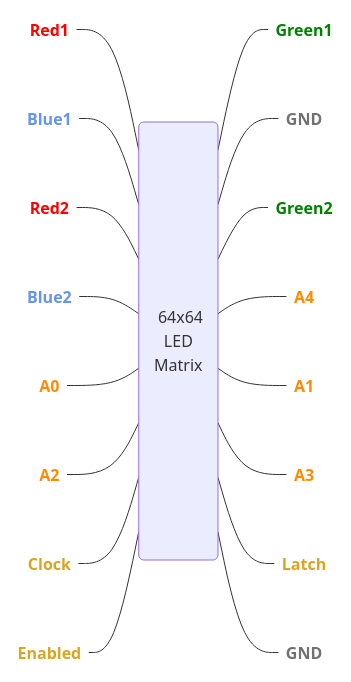
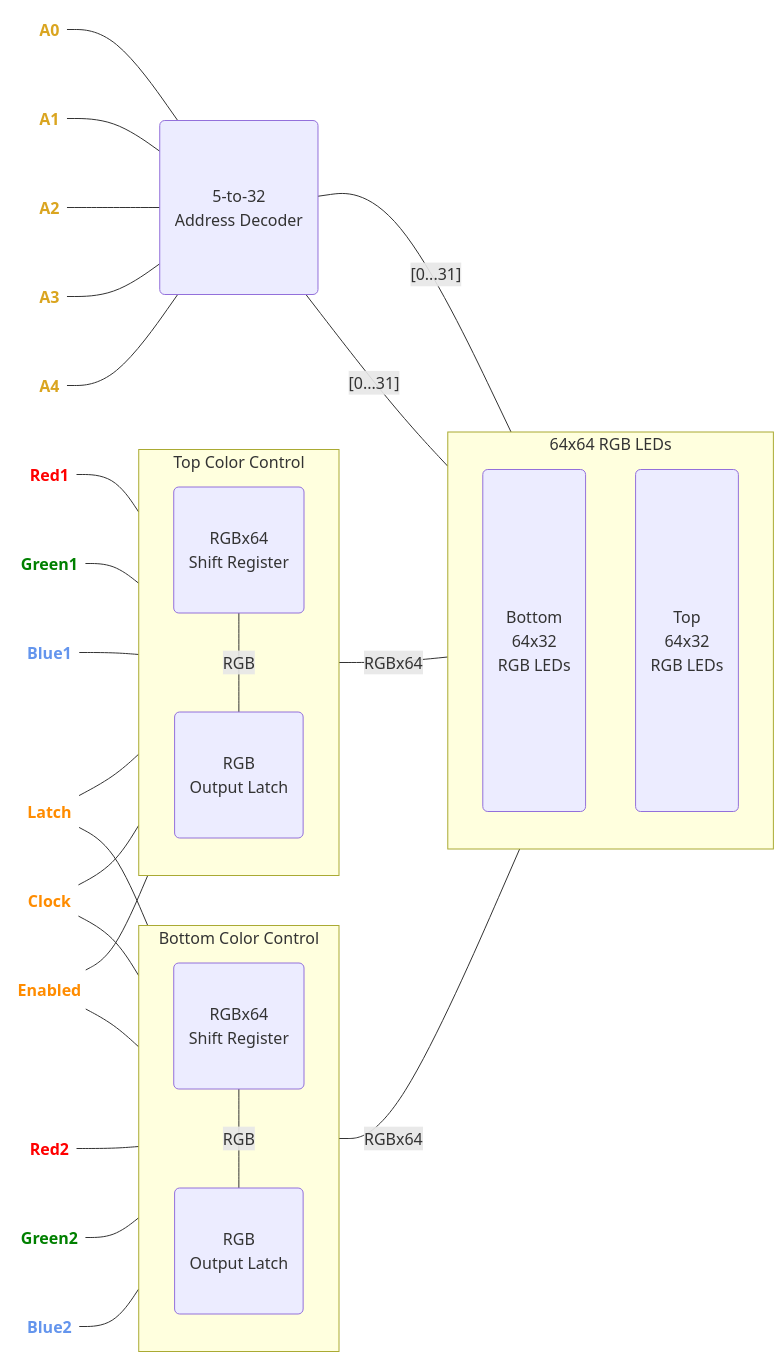
One commit to zbauman3/zanebauman.com changed the first of 2 diagrams in src/articles/illumindex.md. Above: the diagram before and after it, drawn with Mermaid. The commit also changed other lines of this file, not shown here.

Commit message:
simplifying

````diff
--- a/src/articles/illumindex.md
+++ b/src/articles/illumindex.md
@@ -22,51 +24,90 @@
 ```mermaid
 flowchart LR
-  matrix@{ shape: rounded, label: "\n&nbsp;\n&nbsp;\n&nbsp;\n&nbsp;\n&nbsp;\n&nbsp;\n&nbsp;\n&nbsp;64x64\nLED\nMatrix\n&nbsp;\n&nbsp;\n&nbsp;\n&nbsp;\n&nbsp;\n&nbsp;\n&nbsp;" }
 
-  Red1@{ shape: text } --- matrix --- Green1@{ shape: text }
-  Blue1@{ shape: text } --- matrix --- gnd1@{ shape: text, label: "GND" }
-  Red2@{ shape: text } --- matrix --- Green2@{ shape: text }
-  Blue2@{ shape: text } --- matrix --- A4@{ shape: text }
-  A0@{ shape: text } --- matrix --- A1@{ shape: text }
-  A2@{ shape: text } --- matrix --- A3@{ shape: text }
-  Clock@{ shape: text } --- matrix --- Latch@{ shape: text }
-  Enabled@{ shape: text } --- matrix --- gnd2@{ shape: text, label: "GND" }
+  subgraph bottomComp ["Bottom Color Control"]
+    direction TB
+    matrixLatchB@{ shape: rounded, label: "&nbsp;\nRGB\nOutput Latch\n&nbsp;" }
+    matrixShiftB@{ shape: rounded, label: "&nbsp;\nRGBx64\nShift Register\n&nbsp;" }
 
+    matrixShiftB --RGB--- matrixLatchB
+  end
+
+  subgraph topComp ["Top Color Control"]
+    direction TB
+    matrixLatchT@{ shape: rounded, label: "&nbsp;\nRGB\nOutput Latch\n&nbsp;" }
+    matrixShiftT@{ shape: rounded, label: "&nbsp;\nRGBx64\nShift Register\n&nbsp;" }
+
+    matrixShiftT --RGB--- matrixLatchT
+  end
+
+  subgraph "64x64 RGB LEDs"
+    direction TB
+    ledB@{ shape: rounded, label: "&nbsp;\n&nbsp;\n&nbsp;\n&nbsp;\n&nbsp;\nBottom\n64x32\nRGB LEDs\n&nbsp;\n&nbsp;\n&nbsp;\n&nbsp;\n&nbsp;" }
+    ledT@{ shape: rounded, label: "&nbsp;\n&nbsp;\n&nbsp;\n&nbsp;\n&nbsp;\nTop\n64x32\nRGB LEDs\n&nbsp;\n&nbsp;\n&nbsp;\n&nbsp;\n&nbsp;" }
+  end
+
+  matrixLatchB --RGBx64--- ledB
+  matrixLatchT --RGBx64--- ledT
+  address --"[0...31]" --- ledT
+  address --"[0...31]"--- ledB
+
+  Red1@{ shape: text } --- matrixShiftT
+  Green1@{ shape: text } --- matrixShiftT
+  Blue1@{ shape: text } --- matrixShiftT
+
+  Latch@{ shape: text } --- matrixLatchT
+  Clock@{ shape: text } --- matrixShiftT
+  Enabled@{ shape: text } --- matrixLatchT
+
+  Clock@{ shape: text } --- matrixShiftB
+  Latch@{ shape: text } --- matrixLatchB
+  Enabled@{ shape: text } --- matrixLatchB
+
+  Red2@{ shape: text } --- matrixShiftB
+  Green2@{ shape: text } --- matrixShiftB
+  Blue2@{ shape: text } --- matrixShiftB
+
+  address@{ shape: rounded, label: "&nbsp;\n&nbsp;\n5-to-32\nAddress Decoder\n&nbsp;\n&nbsp;" }
+
+  A0@{ shape: text } --- address
+  A1@{ shape: text } --- address
+  A2@{ shape: text } --- address
+  A3@{ shape: text } --- address
+  A4@{ shape: text } --- address
+
+  class Red1 redNode
   class Red1 squishedText
-  style Red1 color:red,font-weight:bold
+  class Green1 greenNode
+  class Green1 squishedText
+  class Blue1 blueNode
+  class Blue1 squishedText
+  class Red2 redNode
   class Red2 squishedText
-  style Red2 color:red,font-weight:bold
+  class Green2 greenNode
+  class Green2 squishedText
+  class Blue2 blueNode
+  class Blue2 squishedText
+  class Latch orangeNode
+  class Latch squishedText
+  class Clock orangeNode
+  class Clock squishedText
+  class Enabled orangeNode
+  class Enabled squishedText
 
-  class Green1 squishedText
-  style Green1 color:green,font-weight:bold
-  class Green2 squishedText
-  style Green2 color:green,font-weight:bold
+  class A0 yellowNode
+  class A0 squishedText
+  class A1 yellowNode
+  class A1 squishedText
+  class A2 yellowNode
+  class A2 squishedText
+  class A3 yellowNode
+  class A3 squishedText
+  class A4 yellowNode
+  class A4 squishedText
 
-  class Blue1 squishedText
-  style Blue1 color:cornflowerblue,font-weight:bold
-  class Blue2 squishedText
-  style Blue2 color:cornflowerblue,font-weight:bold
-
-  class gnd1 squishedText
-  style gnd1 color:#717171,font-weight:bold
-  class gnd2 squishedText
-  style gnd2 color:#717171,font-weight:bold
-
-  class A0 squishedText
-  style A0 color:darkorange,font-weight:bold
-  class A1 squishedText
-  style A1 color:darkorange,font-weight:bold
-  class A2 squishedText
-  style A2 color:darkorange,font-weight:bold
-  class A3 squishedText
-  style A3 color:darkorange,font-weight:bold
-  class A4 squishedText
-  style A4 color:darkorange,font-weight:bold
-
-  class Clock squishedText
-  style Clock color:goldenrod,font-weight:bold
-  class Latch squishedText
-  style Latch color:goldenrod,font-weight:bold
-  class Enabled squishedText
-  style Enabled color:goldenrod,font-weight:bold
+  classDef redNode color:red, font-weight: bold
+  classDef greenNode color:green, font-weight: bold
+  classDef blueNode color:cornflowerblue, font-weight: bold
+  classDef orangeNode color:darkorange, font-weight: bold
+  classDef yellowNode color:goldenrod, font-weight: bold
 ```
````
